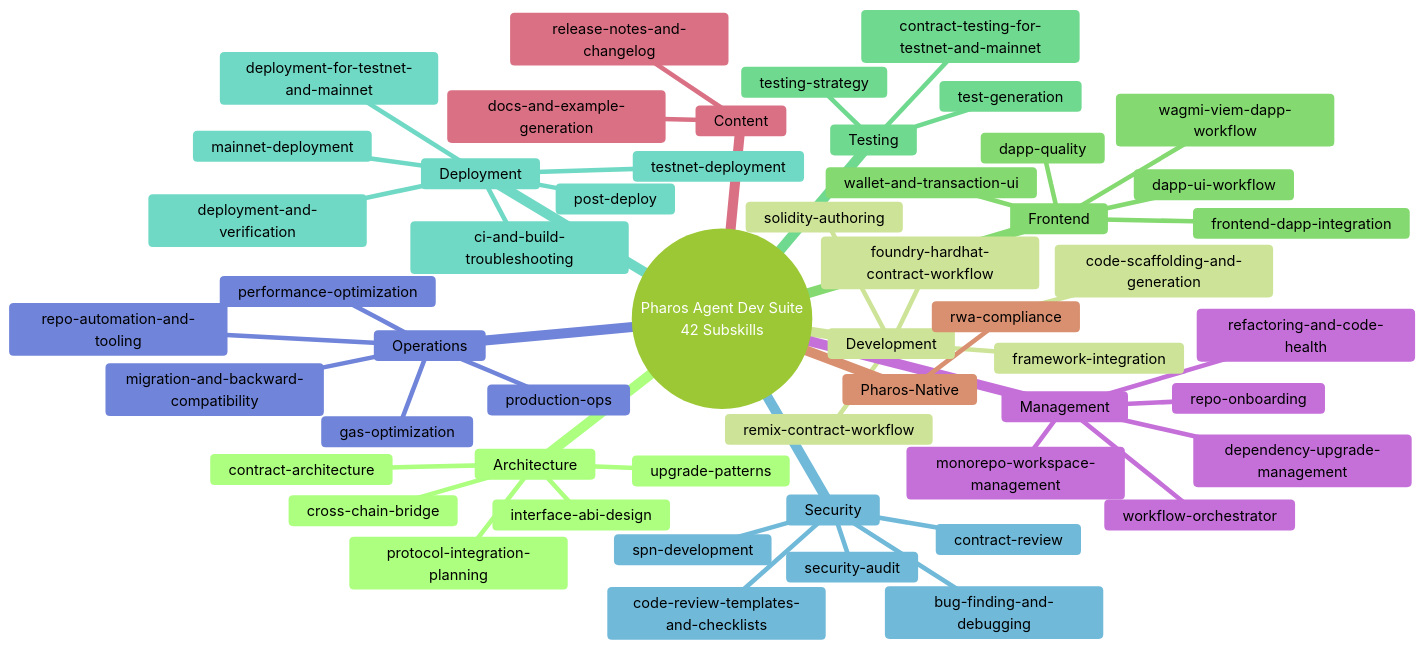
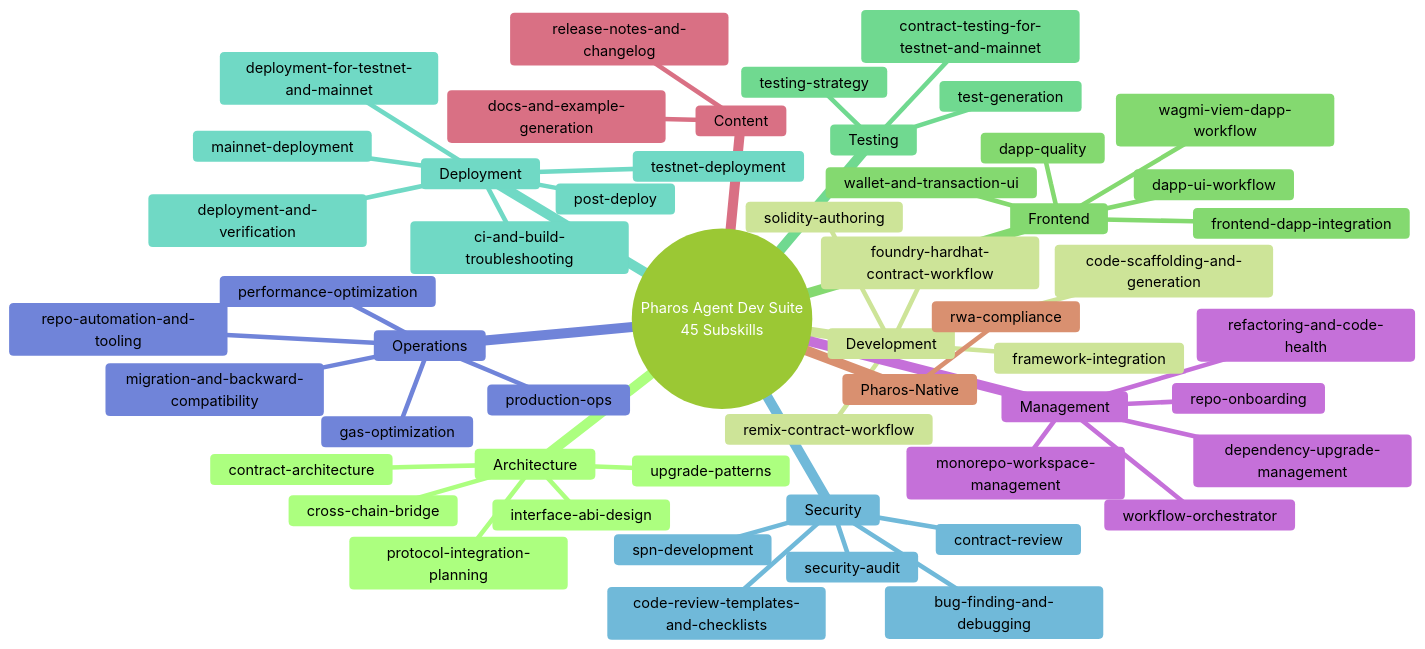
Before and after one commit to tejas0111/Pharos: the third of 5 diagrams in CASCADE.md, drawn with Mermaid (forest theme). The commit also changed other lines of this file and 6 other files, not shown here.

````diff
--- a/CASCADE.md
+++ b/CASCADE.md
@@ -115,59 +115,59 @@
 ```mermaid
 ---
-title: 42 Subskills Grouped by Domain
+title: 45 Subskills Grouped by Domain
 ---
 mindmap
-  root((Pharos Agent Dev Suite<br/>42 Subskills))
+  root((Pharos Agent Dev Suite<br/>45 Subskills))
     Architecture
       contract-architecture
       interface-abi-design
       protocol-integration-planning
       upgrade-patterns
       cross-chain-bridge
     Development
       solidity-authoring
       code-scaffolding-and-generation
       foundry-hardhat-contract-workflow
       remix-contract-workflow
       framework-integration
     Frontend
       frontend-dapp-integration
       dapp-ui-workflow
       dapp-quality
       wagmi-viem-dapp-workflow
       wallet-and-transaction-ui
     Testing
       test-generation
       testing-strategy
       contract-testing-for-testnet-and-mainnet
     Deployment
       deployment-and-verification
       mainnet-deployment
       testnet-deployment
       deployment-for-testnet-and-mainnet
       post-deploy
       ci-and-build-troubleshooting
     Security
       security-audit
       bug-finding-and-debugging
       code-review-templates-and-checklists
       contract-review
       spn-development
     Operations
       production-ops
       migration-and-backward-compatibility
       performance-optimization
       gas-optimization
       repo-automation-and-tooling
     Management
       monorepo-workspace-management
       dependency-upgrade-management
       refactoring-and-code-health
       repo-onboarding
       workflow-orchestrator
     Content
       docs-and-example-generation
       release-notes-and-changelog
     Pharos-Native
       rwa-compliance
 ```
````
